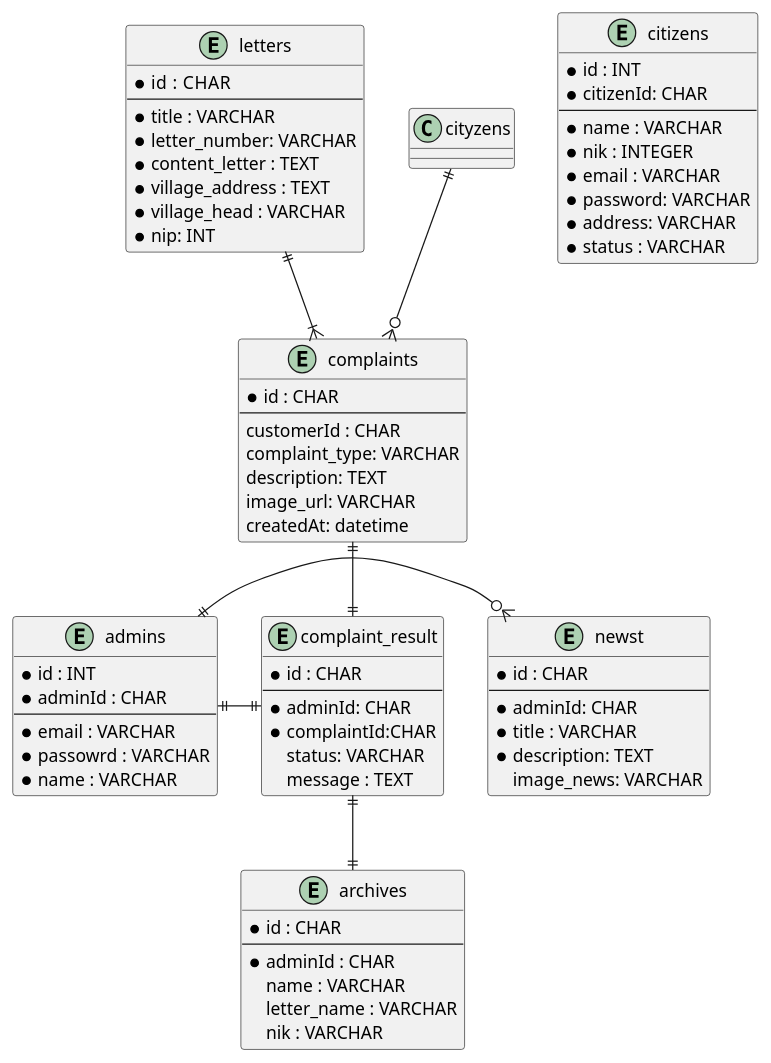
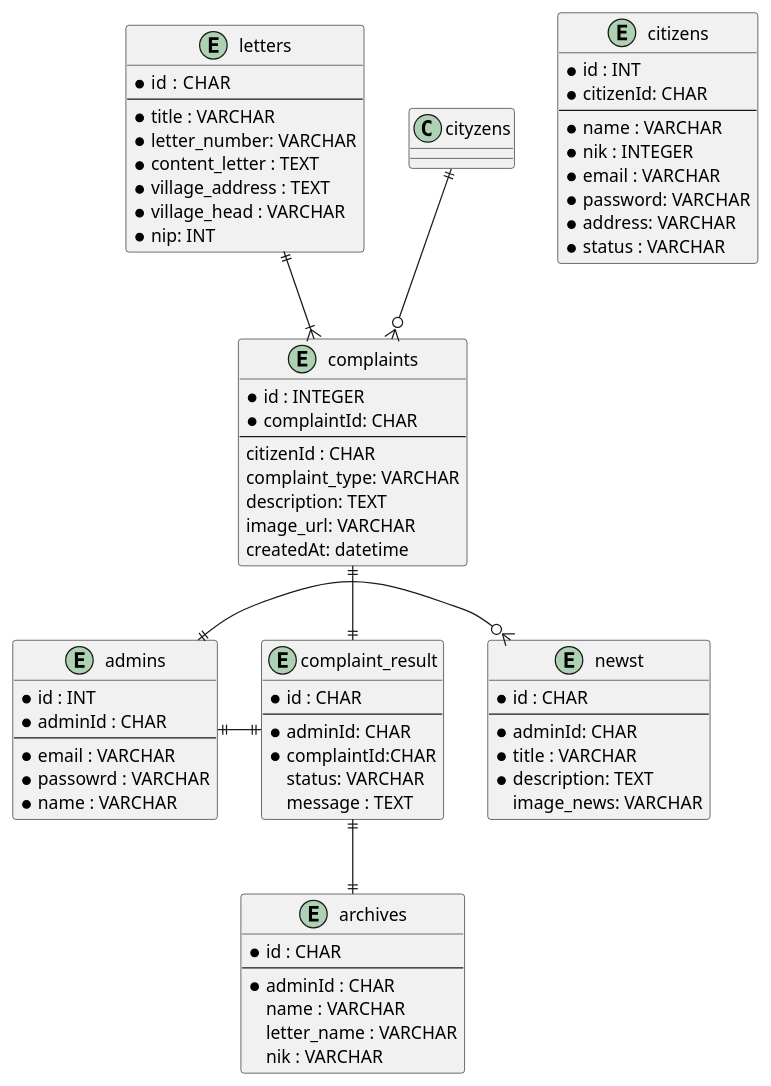
The diagram in wadewa.puml (resiwicaksono98/Restfull-WadewaApp), drawn with PlantUML before and after one commit. The commit also changed 7 other files, not shown here.

```diff
--- a/wadewa.puml
+++ b/wadewa.puml
@@ -1,79 +1,80 @@
 @startuml
 
 entity citizens {
 	* id : INT
 	* citizenId: CHAR
 	--
 	* name : VARCHAR
 	* nik : INTEGER
 	* email : VARCHAR
 	* password: VARCHAR
 	* address: VARCHAR
 	* status : VARCHAR
 }
 
 entity admins {
 	* id : INT
 	* adminId : CHAR
 	--
 	* email : VARCHAR
 	* passowrd : VARCHAR
 	* name : VARCHAR
 }
 
 entity complaints {
-	*id : CHAR 
+	* id : INTEGER
+	* complaintId: CHAR
 	--
-	customerId : CHAR
+	citizenId : CHAR
 	complaint_type: VARCHAR
 	description: TEXT
 	image_url: VARCHAR
 	createdAt: datetime
 }
 
 entity complaint_result {
 	* id : CHAR
 	--
 	* adminId: CHAR
 	* complaintId:CHAR
 	status: VARCHAR
 	message : TEXT
 }
 
 entity newst {
 	* id : CHAR
 	--
 	* adminId: CHAR
 	* title : VARCHAR
 	* description: TEXT
 	image_news: VARCHAR
 }
 
 entity letters {
 	* id :  CHAR
 	--
 	* title : VARCHAR
 	* letter_number: VARCHAR
 	* content_letter : TEXT
 	* village_address : TEXT
 	* village_head : VARCHAR
 	* nip: INT
 }
 
 entity archives {
 	* id : CHAR
 	--
 	* adminId : CHAR
 	name : VARCHAR
 	letter_name : VARCHAR
 	nik : VARCHAR
 }
 
 cityzens ||--o{ complaints
 complaints ||--|| complaint_result
 letters ||--|{ complaints
 admins ||-o{ newst
 admins ||-|| complaint_result
 complaint_result ||--|| archives
 
 @enduml
```
